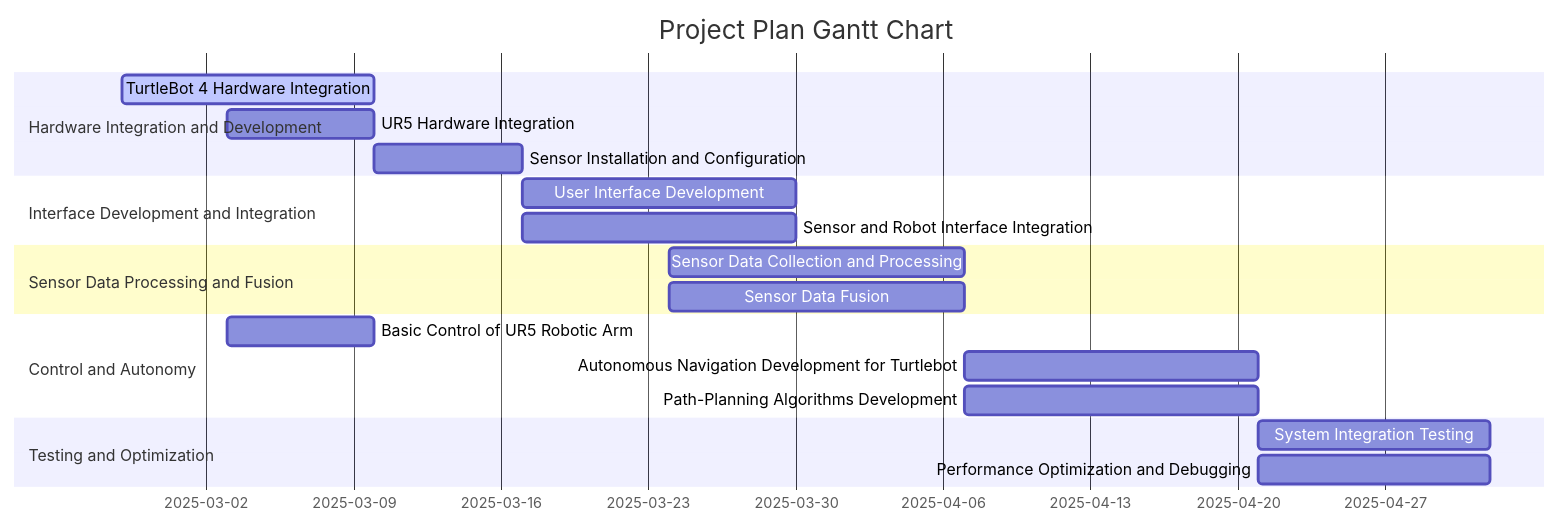
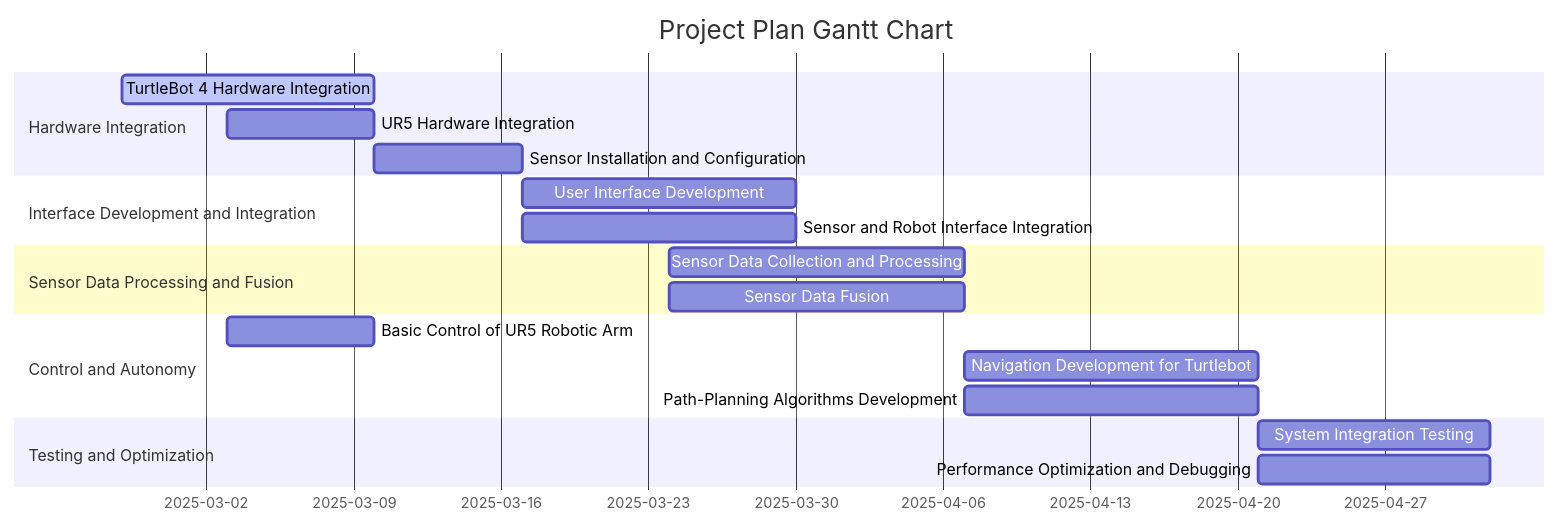
The diagram in docs/timeline.md (RAS598-2025-S-Team12/RAS598-2025-S-Team12.github.io), drawn with Mermaid before and after one commit.

````diff
--- a/docs/timeline.md
+++ b/docs/timeline.md
@@ -6,31 +6,31 @@
 ``` mermaid
 
 gantt
     title Project Plan Gantt Chart
     dateFormat  YYYY-MM-DD
 
-    section Hardware Integration and Development
+    section Hardware Integration
     TurtleBot 4 Hardware Integration               :active, task2_1, 2025-02-26, 2025-03-10
     UR5 Hardware Integration                       :task2_2, 2025-03-03, 2025-03-10
     Sensor Installation and Configuration          :task2_3, 2025-03-10, 2025-03-17
 
     section Interface Development and Integration
     User Interface Development:task3_1, 2025-03-17, 2025-03-30
     Sensor and Robot Interface Integration          :task3_2, 2025-03-17, 2025-03-30
 
     section Sensor Data Processing and Fusion
     Sensor Data Collection and Processing           :task4_1, 2025-03-24, 2025-04-07
     Sensor Data Fusion                              :task4_2, 2025-03-24, 2025-04-07
 
     section Control and Autonomy 
     Basic Control of UR5 Robotic Arm               :task5_1, 2025-03-03, 2025-03-10
-    Autonomous Navigation Development for Turtlebot :task5_2, 2025-04-07, 2025-04-21
+    Navigation Development for Turtlebot                 :task5_2, 2025-04-07, 2025-04-21
     Path-Planning Algorithms Development                 :task5_3, 2025-04-07, 2025-04-21
 
     section Testing and Optimization
     System Integration Testing                     :task6_1, 2025-04-21, 2025-05-02
     Performance Optimization and Debugging         :task6_2, 2025-04-21, 2025-05-02
 
 
 
 ```
````
